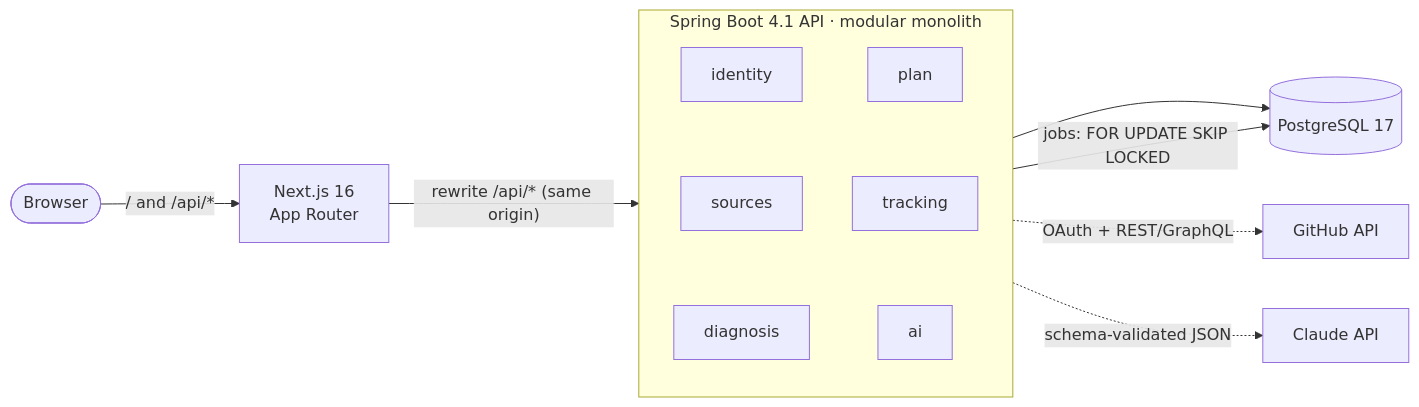
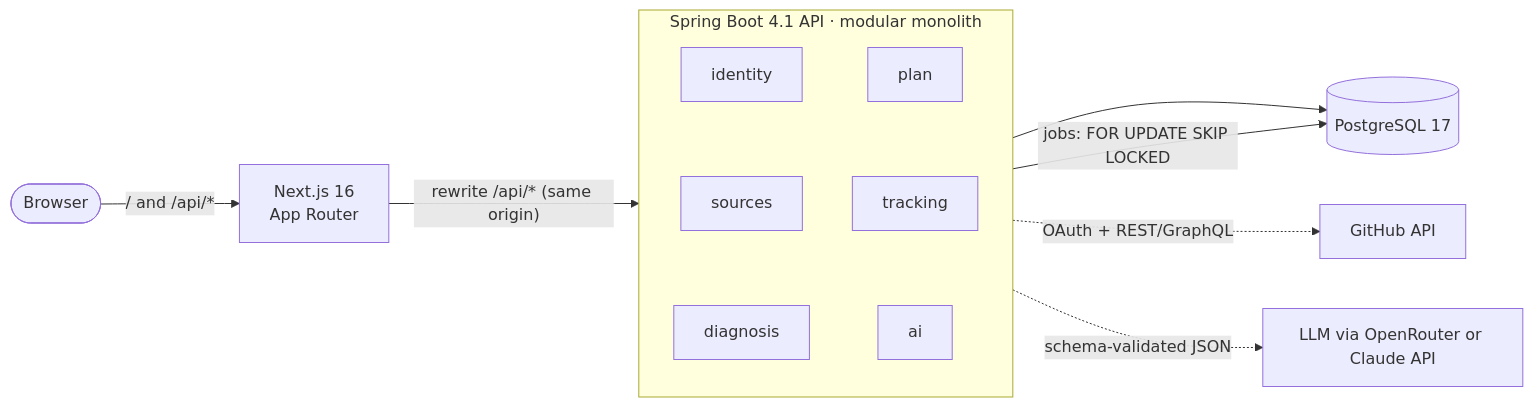
One commit to caio-machado-dev/rota-dev changed the diagram in README.en.md. Above: the diagram before and after it, drawn with Mermaid. The commit also changed 17 other files, not shown here.

First line of the commit message:
feat(ai): OpenRouter como provedor padrão, com modelo gratuito para uso pessoal

````diff
--- a/README.en.md
+++ b/README.en.md
@@ -42,16 +42,16 @@
 ```mermaid
 flowchart LR
     U([Browser]) -->|"/  and  /api/*"| W["Next.js 16<br/>App Router"]
     W -->|"rewrite /api/* (same origin)"| A
 
     subgraph A["Spring Boot 4.1 API · modular monolith"]
         direction TB
         M1[identity] ~~~ M2[sources] ~~~ M3[diagnosis]
         M4[plan] ~~~ M5[tracking] ~~~ M6[ai]
     end
 
     A --> DB[(PostgreSQL 17)]
     A -->|jobs: FOR UPDATE SKIP LOCKED| DB
     A -.->|OAuth + REST/GraphQL| GH[GitHub API]
-    A -.->|schema-validated JSON| LLM[Claude API]
+    A -.->|schema-validated JSON| LLM[LLM via OpenRouter or Claude API]
 ```
````
